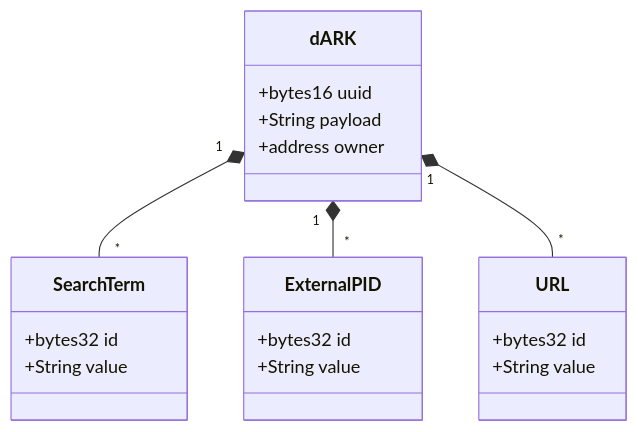
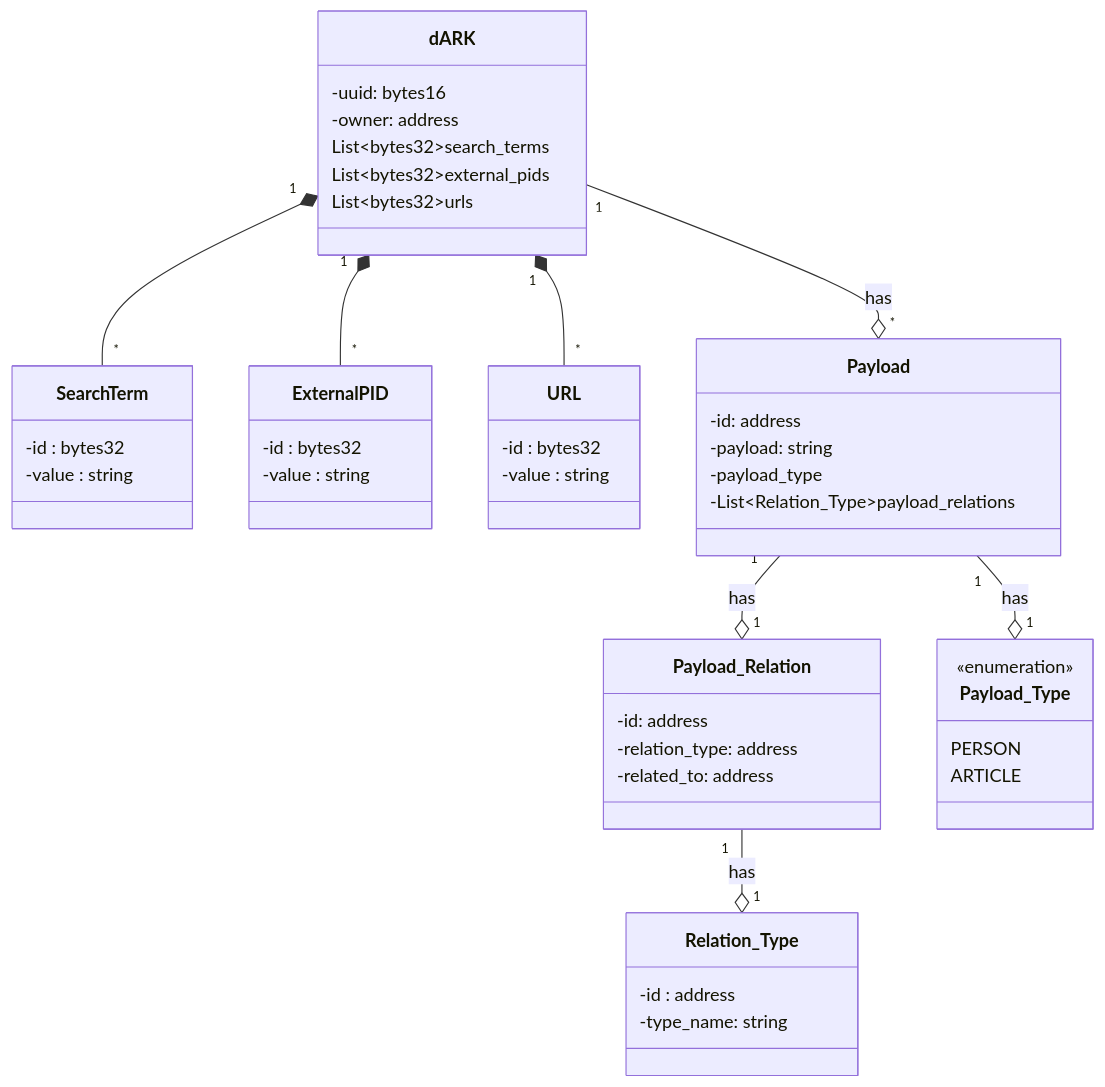
The diagram in docs/dARK_pid/README.md (dark-pid/dARK), drawn with Mermaid before and after one commit.

````diff
--- a/docs/dARK_pid/README.md
+++ b/docs/dARK_pid/README.md
@@ -20,28 +20,61 @@
 ```mermaid
 classDiagram
 
     class dARK{
-        +bytes16 uuid
-        +String payload
-        +address owner
+        -uuid: bytes16
+        -owner: address
+        
+        List~bytes32~search_terms
+        List~bytes32~external_pids
+        List~bytes32~urls
     }
 
     class SearchTerm{
-        +bytes32 id
-        +String value
+        -id : bytes32
+        -value : string
     }
 
     class ExternalPID{
-        +bytes32 id
-        +String value
+        -id : bytes32
+        -value : string
     }
 
     class URL{
-        +bytes32 id
-        +String value
+        -id : bytes32
+        -value : string
     }
+
+    class Payload{
+        -id: address
+        -payload: string
+        -payload_type
+        -List~Relation_Type~payload_relations
+    }
+
+    
+    class Payload_Relation{
+        -id: address
+        -relation_type: address
+        -related_to: address
+    }
+
+    class Relation_Type{
+        -id : address
+        -type_name: string
+    }
+
+    class Payload_Type{
+        <<enumeration>>
+        PERSON
+        ARTICLE
+    }
+
+    dARK "1" --o "*" Payload : has
+    Payload "1" --o "1" Payload_Type : has
+    Payload "1" --o "1" Payload_Relation : has
+    Payload_Relation "1" --o "1" Relation_Type : has
 
     dARK "1" *--  "*" SearchTerm
     dARK "1" *--  "*" ExternalPID
     dARK "1" *--  "*" URL
 ```
````
